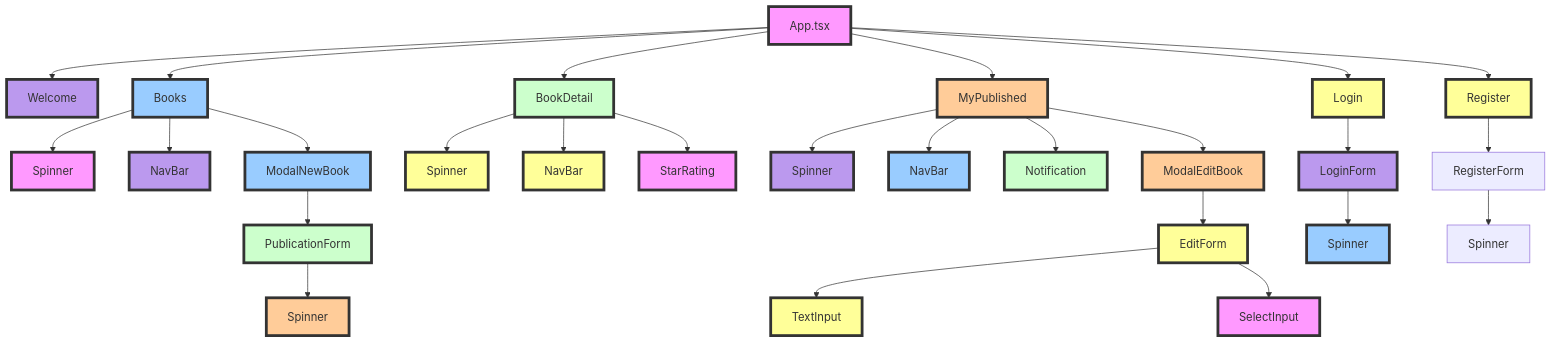
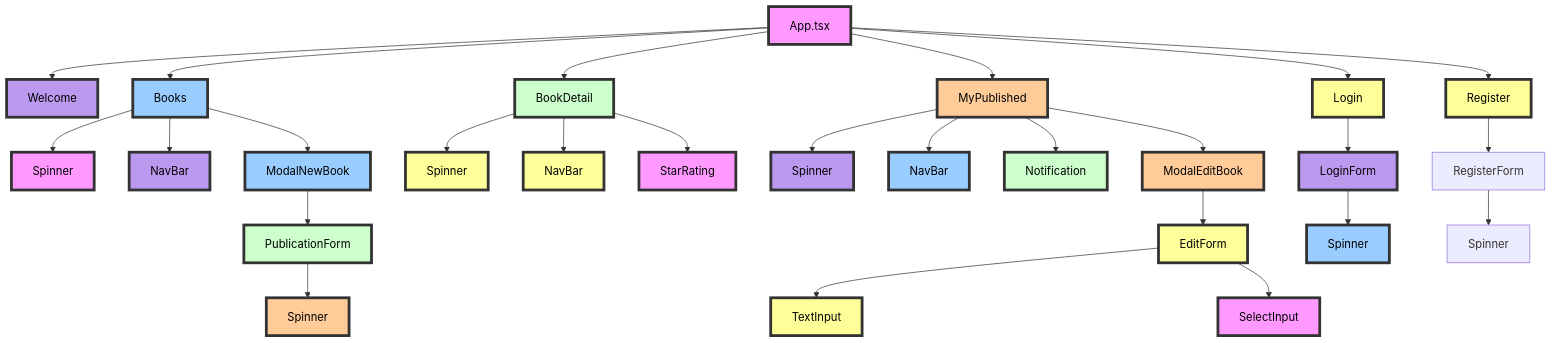
Before and after one commit to FernandoMoyano/EcoReaders: the seventh of 8 diagrams in client/README.md, drawn with Mermaid.

Commit message:
modificando colores tipografia mermeid

````diff
--- a/client/README.md
+++ b/client/README.md
@@ -441,79 +441,79 @@
 ```mermaid
 
 graph TD
     %% Definición de los componentes
     A[App.tsx]
     B[Welcome]
     C[Books]
     D[BookDetail]
     E[MyPublished]
     F[Login]
     G[Register]
 
     %% Conexiones
     A --> B
     A --> C
     A --> D
     A --> E
     A --> F
     A --> G
 
     %% Books component hierarchy
     C --> H[Spinner]
     C --> I[NavBar]
     C --> J[ModalNewBook]
     J --> K[PublicationForm]
     K --> L[Spinner]
 
     %% BookDetail component hierarchy
     D --> M[Spinner]
     D --> N[NavBar]
     D --> O[StarRating]
 
     %% MyPublished component hierarchy
     E --> P[Spinner]
     E --> Q[NavBar]
     E --> R[Notification]
     E --> S[ModalEditBook]
     S --> T[EditForm]
     T --> U[TextInput]
     T --> V[SelectInput]
 
     %% Login component hierarchy
     F --> W[LoginForm]
     W --> X[Spinner]
 
     %% Register component hierarchy
     G --> Y[RegisterForm]
     Y --> Z[Spinner]
 
 
 
     %% Estilos
-    style A fill:#f9f,stroke:#333,stroke-width:4px
-    style B fill:#b9e,stroke:#333,stroke-width:4px
-    style C fill:#9cf,stroke:#333,stroke-width:4px
-    style D fill:#cfc,stroke:#333,stroke-width:4px
-    style E fill:#fc9,stroke:#333,stroke-width:4px
-    style F fill:#ff9,stroke:#333,stroke-width:4px
-    style G fill:#ff9,stroke:#333,stroke-width:4px
-    style H fill:#f9f,stroke:#333,stroke-width:4px
-    style I fill:#b9e,stroke:#333,stroke-width:4px
-    style J fill:#9cf,stroke:#333,stroke-width:4px
-    style K fill:#cfc,stroke:#333,stroke-width:4px
-    style L fill:#fc9,stroke:#333,stroke-width:4px
-    style M fill:#ff9,stroke:#333,stroke-width:4px
-    style N fill:#ff9,stroke:#333,stroke-width:4px
-    style O fill:#f9f,stroke:#333,stroke-width:4px
-    style P fill:#b9e,stroke:#333,stroke-width:4px
-    style Q fill:#9cf,stroke:#333,stroke-width:4px
-    style R fill:#cfc,stroke:#333,stroke-width:4px
-    style S fill:#fc9,stroke:#333,stroke-width:4px
-    style T fill:#ff9,stroke:#333,stroke-width:4px
-    style U fill:#ff9,stroke:#333,stroke-width:4px
-    style V fill:#f9f,stroke:#333,stroke-width:4px
-    style W fill:#b9e,stroke:#333,stroke-width:4px
-    style X fill:#9cf,stroke:#333,stroke-width:4
+    style A fill:#f9f,stroke:#333,stroke-width:4px,color:#000
+    style B fill:#b9e,stroke:#333,stroke-width:4px,color:#000
+    style C fill:#9cf,stroke:#333,stroke-width:4px,color:#000
+    style D fill:#cfc,stroke:#333,stroke-width:4px,color:#000
+    style E fill:#fc9,stroke:#333,stroke-width:4px,color:#000
+    style F fill:#ff9,stroke:#333,stroke-width:4px,color:#000
+    style G fill:#ff9,stroke:#333,stroke-width:4px,color:#000
+    style H fill:#f9f,stroke:#333,stroke-width:4px,color:#000
+    style I fill:#b9e,stroke:#333,stroke-width:4px,color:#000
+    style J fill:#9cf,stroke:#333,stroke-width:4px,color:#000
+    style K fill:#cfc,stroke:#333,stroke-width:4px,color:#000
+    style L fill:#fc9,stroke:#333,stroke-width:4px,color:#000
+    style M fill:#ff9,stroke:#333,stroke-width:4px,color:#000
+    style N fill:#ff9,stroke:#333,stroke-width:4px,color:#000
+    style O fill:#f9f,stroke:#333,stroke-width:4px,color:#000
+    style P fill:#b9e,stroke:#333,stroke-width:4px,color:#000
+    style Q fill:#9cf,stroke:#333,stroke-width:4px,color:#000
+    style R fill:#cfc,stroke:#333,stroke-width:4px,color:#000
+    style S fill:#fc9,stroke:#333,stroke-width:4px,color:#000
+    style T fill:#ff9,stroke:#333,stroke-width:4px,color:#000
+    style U fill:#ff9,stroke:#333,stroke-width:4px,color:#000
+    style V fill:#f9f,stroke:#333,stroke-width:4px,color:#000
+    style W fill:#b9e,stroke:#333,stroke-width:4px,color:#000
+    style X fill:#9cf,stroke:#333,stroke-width:4,color:#000
 
 
 ```
````
